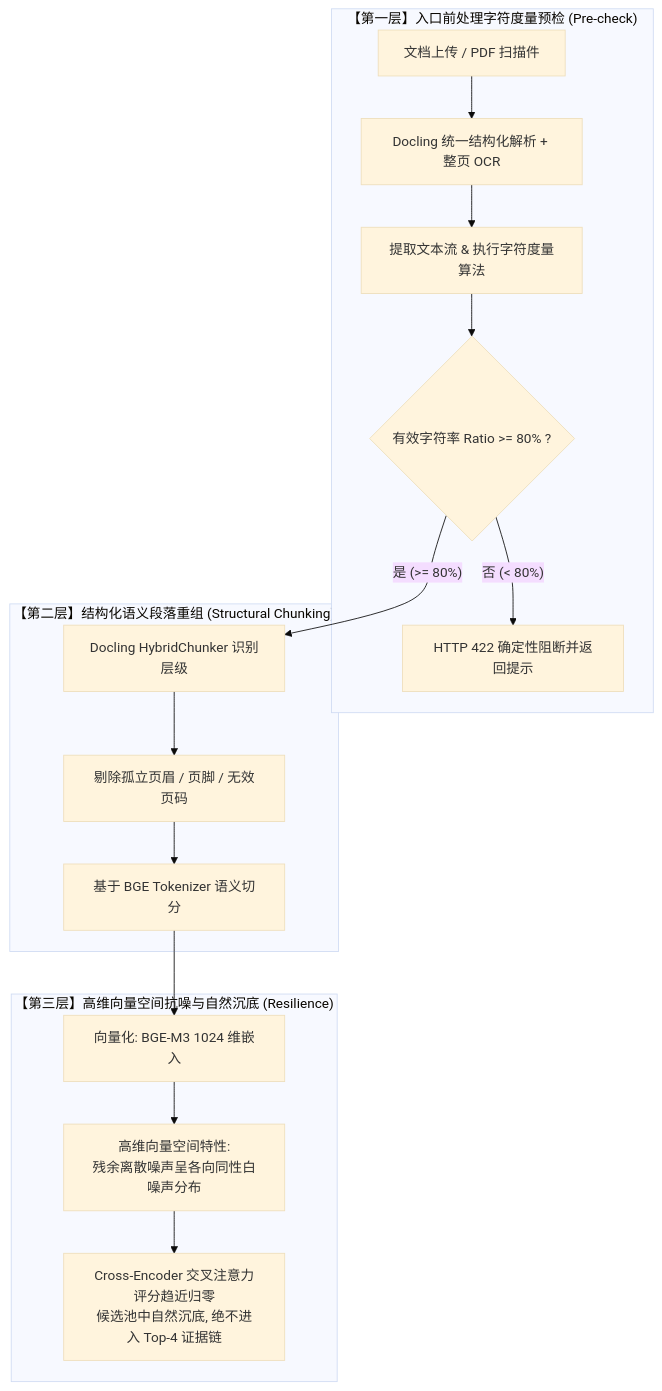
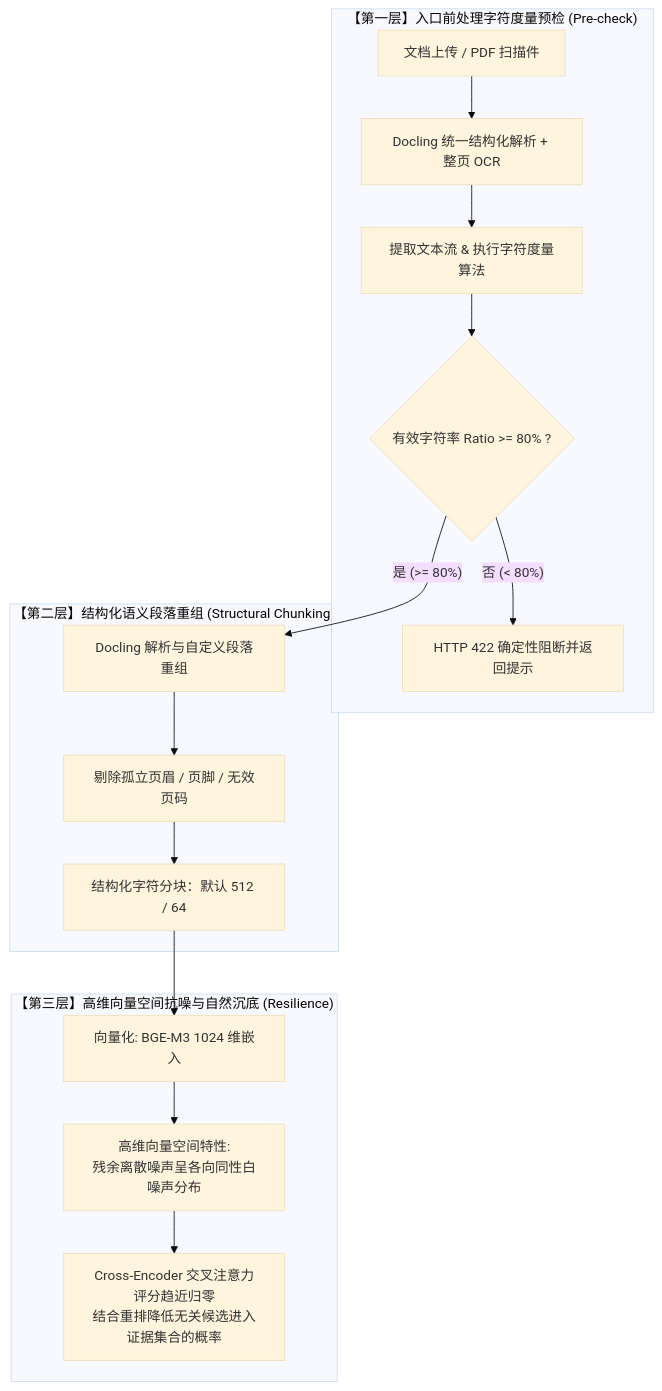
The fifth of 7 diagrams in docs/guide.md (WenYuecheng/solaceai), drawn with Mermaid (base theme) before and after one commit. The commit also changed other lines of this file and 16 other files, not shown here.

````diff
--- a/docs/guide.md
+++ b/docs/guide.md
@@ -301,21 +349,21 @@
 ```mermaid
 flowchart TD
     subgraph Layer1["【第一层】入口前处理字符度量预检 (Pre-check)"]
         In[文档上传 / PDF 扫描件] --> Docling[Docling 统一结构化解析 + 整页 OCR]
         Docling --> Measure[提取文本流 & 执行字符度量算法]
         Measure --> RatioCheck{有效字符率 Ratio >= 80% ?}
         RatioCheck -- 否 (< 80%) --> Reject[HTTP 422 确定性阻断并返回提示]
     end
 
     subgraph Layer2["【第二层】结构化语义段落重组 (Structural Chunking)"]
-        RatioCheck -- 是 (>= 80%) --> StructureParse[Docling HybridChunker 识别层级]
+        RatioCheck -- 是 (>= 80%) --> StructureParse[Docling 解析与自定义段落重组]
         StructureParse --> Clean[剔除孤立页眉 / 页脚 / 无效页码]
-        Clean --> TokenChunk[基于 BGE Tokenizer 语义切分]
+        Clean --> TokenChunk[结构化字符分块：默认 512 / 64]
     end
 
     subgraph Layer3["【第三层】高维向量空间抗噪与自然沉底 (Resilience)"]
         TokenChunk --> Embedding[向量化: BGE-M3 1024 维嵌入]
         Embedding --> VectorSpace[高维向量空间特性:<br/>残余离散噪声呈各向同性白噪声分布]
-        VectorSpace --> ScoreSink[Cross-Encoder 交叉注意力评分趋近归零<br/>候选池中自然沉底, 绝不进入 Top-4 证据链]
+        VectorSpace --> ScoreSink[Cross-Encoder 交叉注意力评分趋近归零<br/>结合重排降低无关候选进入证据集合的概率]
     end
 ```
````
